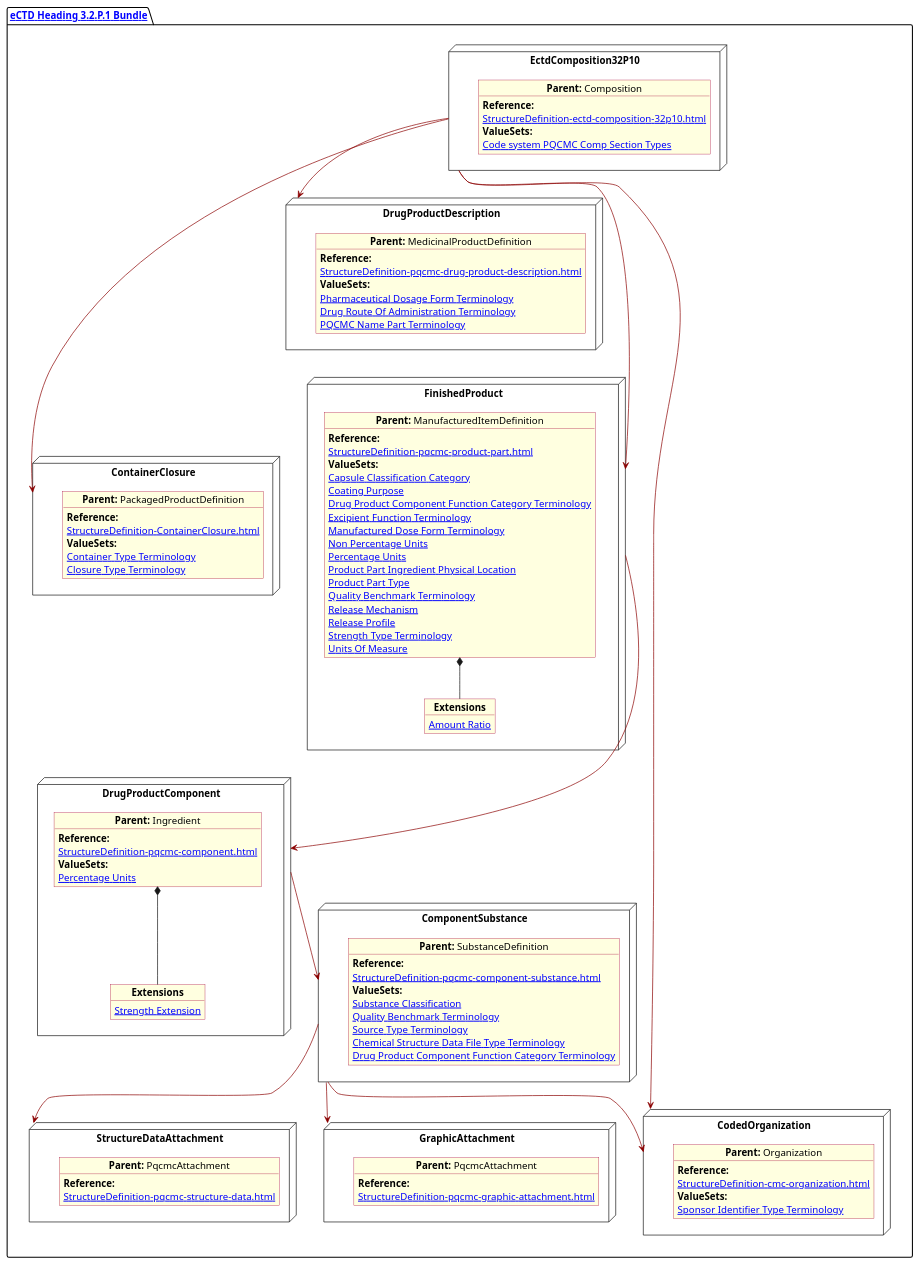
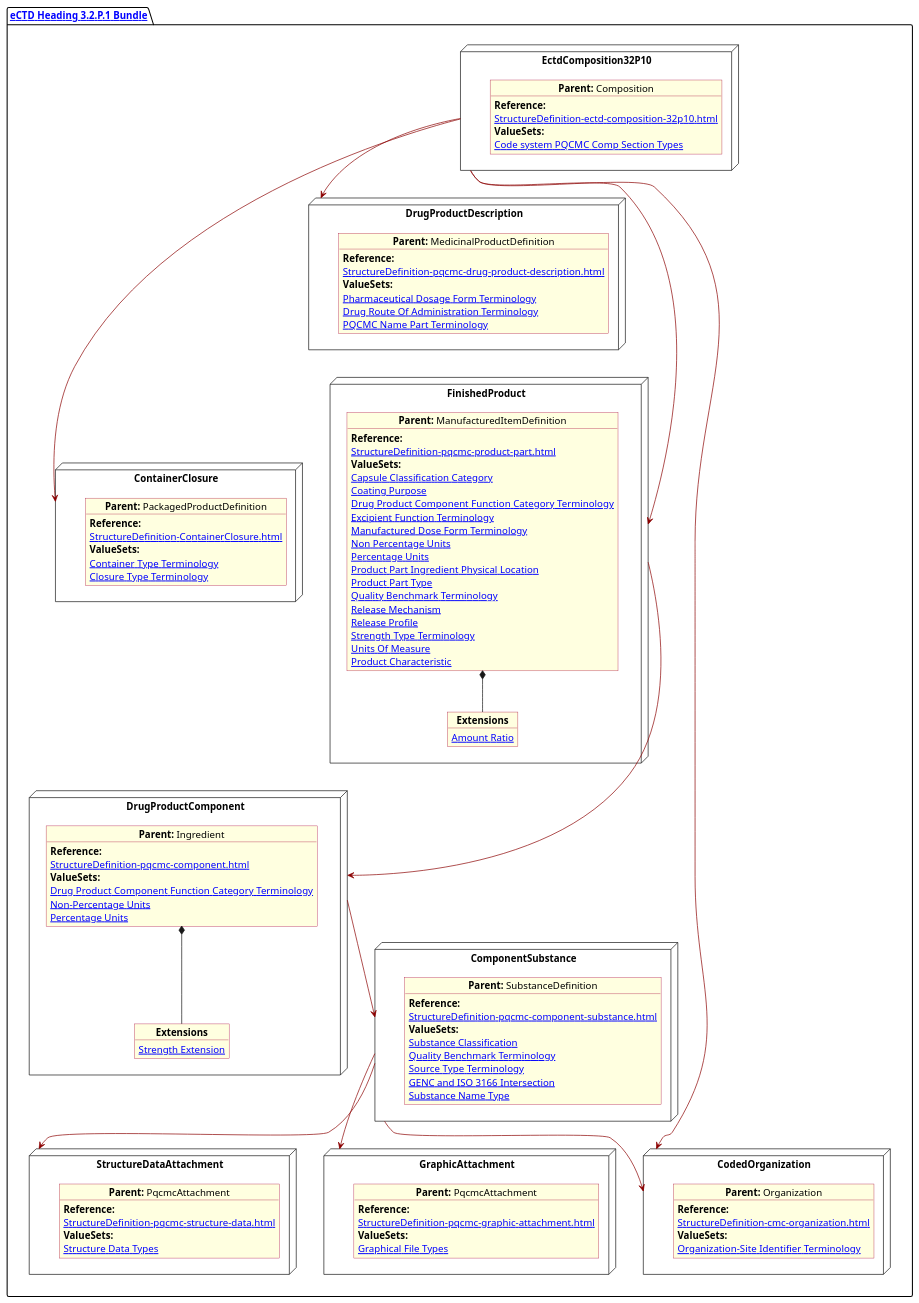
Before and after one commit to HL7/FHIR-us-pq-cmc-fda: the diagram in input/images-source/ProdDesComp.plantuml, drawn with PlantUML. The commit also changed 20 other files, not shown here.

Commit message:
Edits to diagrams and last review of stage 1

```diff
--- a/input/images-source/ProdDesComp.plantuml
+++ b/input/images-source/ProdDesComp.plantuml
@@ -1,137 +1,144 @@
 @startuml ProdDesComp
 allowmixing
 'Mixed model of use case and object
 skinparam svgDimensionStyle false
 skinparam ObjectBackgroundColor LightYellow
 skinparam ObjectBorderColor #A80036
 skinparam activityDiamondBorderColor #A80036
 skinparam activityDiamondBackgroundColor lawnGreen
 skinparam ClassBorderThickness 4
 
 package "[[StructureDefinition-cmc-ectd-document-32p10.html eCTD Heading 3.2.P.1 Bundle]]" as NODES {
   node "ContainerClosure" as N21 {
 
     object "**Parent:** PackagedProductDefinition" as obj22 {
       **Reference:**
       [[StructureDefinition-ContainerClosure.html]]
       **ValueSets:**
       [[ValueSet-pqcmc-container-type-terminology.html Container Type Terminology]]
       [[ValueSet-pqcmc-closure-type-terminology.html Closure Type Terminology]]
     }
   }
 
   node "DrugProductDescription" as N2 {
 
     object "**Parent:** MedicinalProductDefinition" as obj2 {
       **Reference:**
       [[StructureDefinition-pqcmc-drug-product-description.html]]
       **ValueSets:**
       [[ValueSet-spl-pharmaceutical-dosage-form-terminology.html Pharmaceutical Dosage Form Terminology]]
       [[ValueSet-spl-drug-route-of-administration-terminology.html Drug Route Of Administration Terminology]]
       [[ValueSet-pqcmc-name-part-terminology.html PQCMC Name Part Terminology]]
     }
   }
 
   node "FinishedProduct"as MID {
     object "**Parent:** ManufacturedItemDefinition" as objMID {
 
       **Reference:**
       [[StructureDefinition-pqcmc-product-part.html]]
       **ValueSets:**
       [[ValueSet-capsule-classification-category.html Capsule Classification Category]]
       [[ValueSet-pqcmc-coating-purpose.html Coating Purpose]]
       [[ValueSet-pqcmc-drug-product-component-function-category-terminology.html Drug Product Component Function Category Terminology]]
       [[ValueSet-pqcmc-excipient-function-terminology.html Excipient Function Terminology]]
       [[ValueSet-pqcmc-manufactured-dose-form-terminology.html Manufactured Dose Form Terminology]]
       [[ValueSet-pqcmc-non-percentage-units.html Non Percentage Units]]
       [[ValueSet-pqcmc-percentage-units.html Percentage Units]]
       [[ValueSet-pqcmc-product-part-ingredient-physical-location.html Product Part Ingredient Physical Location]]
       [[ValueSet-pqcmc-product-part-type.html Product Part Type]]
       [[ValueSet-pqcmc-quality-benchmark-terminology.html Quality Benchmark Terminology]]
       [[ValueSet-pqcmc-release-mechanism.html Release Mechanism]]
       [[ValueSet-pqcmc-release-profile.html Release Profile]]
       [[ValueSet-pqcmc-strength-type-terminology.html Strength Type Terminology]]
       [[ValueSet-pqcmc-units-of-measure.html Units Of Measure]]
+      [[ValueSet-pqcmc-product-characteristic.html Product Characteristic]]
     }
     object "**Extensions**" as objMIDExs {
       [[StructureDefinition-pq-amount-ratio.html Amount Ratio]]
     }
     objMID *-- objMIDExs
   }
   node "DrugProductComponent" as NN {
 
     object "**Parent:** Ingredient" as obj3 {
       **Reference:**
       [[StructureDefinition-pqcmc-component.html]]
       **ValueSets:**
-      [[ValueSet-pqcmc-org-identifier-type-terminology.html Percentage Units]]
+      [[ValueSet-pqcmc-drug-product-component-function-category-terminology.html Drug Product Component Function Category Terminology]]
+      [[ValueSet-pqcmc-org-identifier-type-terminology.html Non-Percentage Units]]
+      [[ValueSet-pqcmc-percentage-units.html Percentage Units]]
     }
     object "**Extensions**" as objExs {
-     [[StructureDefinition-strength-extension.html Strength Extension]]
+      [[StructureDefinition-strength-extension.html Strength Extension]]
     }
     obj3 *-- objExs
   }
 
   node "ComponentSubstance" as NCS {
 
     object "**Parent:** SubstanceDefinition" as objSubDef {
       **Reference:**
       [[StructureDefinition-pqcmc-component-substance.html]]
       **ValueSets:**
       [[ValueSet-substance-classification.html Substance Classification]]
       [[ValueSet-pqcmc-quality-benchmark-terminology.html Quality Benchmark Terminology]]
       [[ValueSet-pqcmc-source-type-terminology.html Source Type Terminology]]
-      [[ValueSet-pqcmc-chemical-structure-datafile-type-terminology.html Chemical Structure Data File Type Terminology]]
-      [[ValueSet-pqcmc-drug-product-component-function-category-terminology.html Drug Product Component Function Category Terminology]]
+      [[ValueSet-pqcmc-genc-and-iso-intersect.html GENC and ISO 3166 Intersection]]
+      [[ValueSet-pqcmc-substance-name-type.html Substance Name Type]]
     }
   }
 
   node "StructureDataAttachment" as NB642 {
 
     object "**Parent:** PqcmcAttachment"  as obj642 {
 
       **Reference:**
       [[StructureDefinition-pqcmc-structure-data.html]]
+      **ValueSets:**
+      [[ValueSet-pqcmc-structure-data-types.html Structure Data Types]]
     }
 
   }
   node "GraphicAttachment" as NB64 {
 
     object "**Parent:** PqcmcAttachment"  as obj64 {
 
       **Reference:**
       [[StructureDefinition-pqcmc-graphic-attachment.html]]
+      **ValueSets:**
+      [[ValueSet-pqcmc-graphical-file-types.html Graphical File Types ]]
     }
 
   }
   node "CodedOrganization" as NSO {
 
     object "**Parent:** Organization" as objAu {
       **Reference:**
       [[StructureDefinition-cmc-organization.html]]
       **ValueSets:**
-      [[ValueSet-pqcmc-org-identifier-type-terminology.html Sponsor Identifier Type Terminology]]
+      [[ValueSet-pqcmc-org-identifier-type-terminology.html Organization-Site Identifier Terminology]]
     }
   }
 
   node "EctdComposition32P10" as N1 {
 
     object "**Parent:** Composition" as obj1 {
       **Reference:**
       [[StructureDefinition-ectd-composition-32p10.html]]
       **ValueSets:**
       [[ValueSet-cmc-comp-section-types-vs.html Code system PQCMC Comp Section Types]]
     }
 
   }
 
   N1 -[#darkred]-> N2
   N1 -[#darkred]--> MID
   N1 -[#darkred]-> NSO
   N1 -[#darkred]-->  N21
   MID -[#darkred]--> NN
   NCS -[#darkred]-> NSO
   NN -[#darkred]-> NCS
   NCS -[#darkred]-> NB64
   NCS -[#darkred]-> NB642
   @enduml
```
